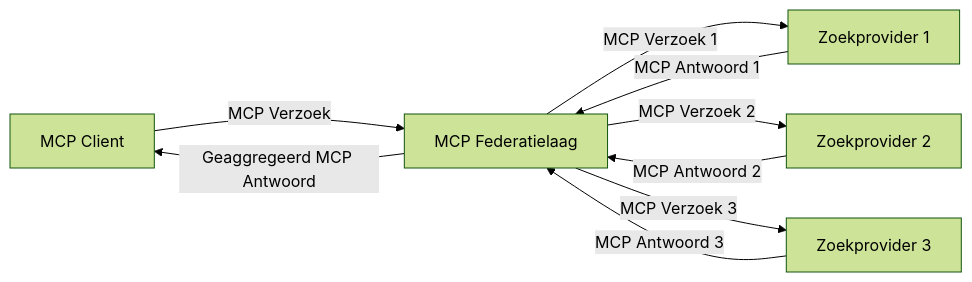
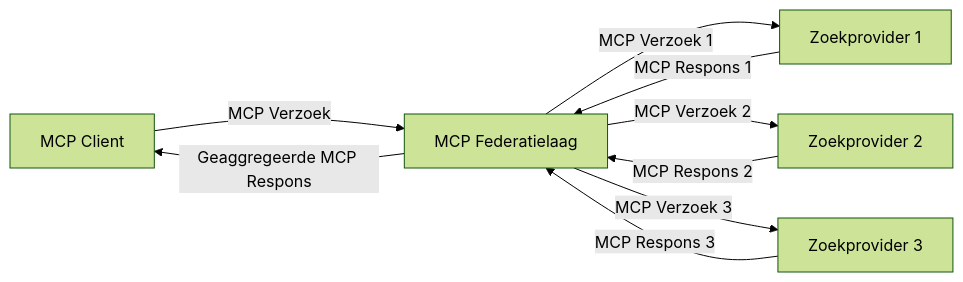
Before and after one commit to microsoft/mcp-for-beginners: the third of 4 diagrams in translations/nl/05-AdvancedTopics/mcp-realtimesearch/README.md, drawn with Mermaid (forest theme). The commit also changed other lines of this file and 139 other files, not shown here.

````diff
--- a/translations/nl/05-AdvancedTopics/mcp-realtimesearch/README.md
+++ b/translations/nl/05-AdvancedTopics/mcp-realtimesearch/README.md
@@ -610,11 +612,11 @@
 ```mermaid
 graph LR
     Client[MCP Client] --> |MCP Verzoek| Federation[MCP Federatielaag]
     Federation --> |MCP Verzoek 1| Search1[Zoekprovider 1]
     Federation --> |MCP Verzoek 2| Search2[Zoekprovider 2]
     Federation --> |MCP Verzoek 3| Search3[Zoekprovider 3]
-    Search1 --> |MCP Antwoord 1| Federation
-    Search2 --> |MCP Antwoord 2| Federation
-    Search3 --> |MCP Antwoord 3| Federation
-    Federation --> |Geaggregeerd MCP Antwoord| Client
+    Search1 --> |MCP Respons 1| Federation
+    Search2 --> |MCP Respons 2| Federation
+    Search3 --> |MCP Respons 3| Federation
+    Federation --> |Geaggregeerde MCP Respons| Client
 ```
````
